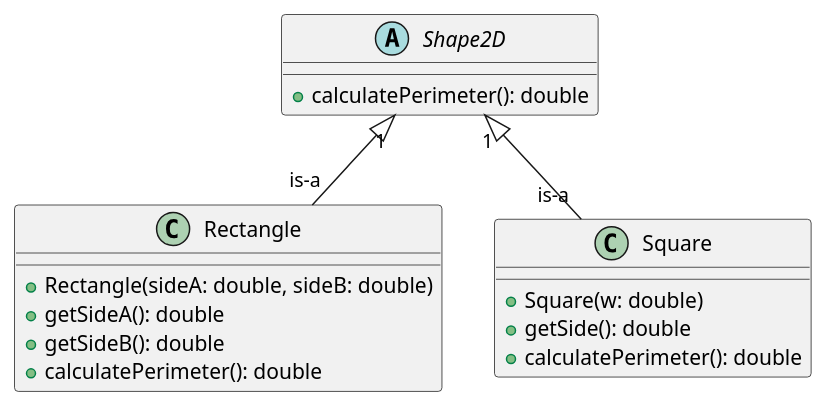
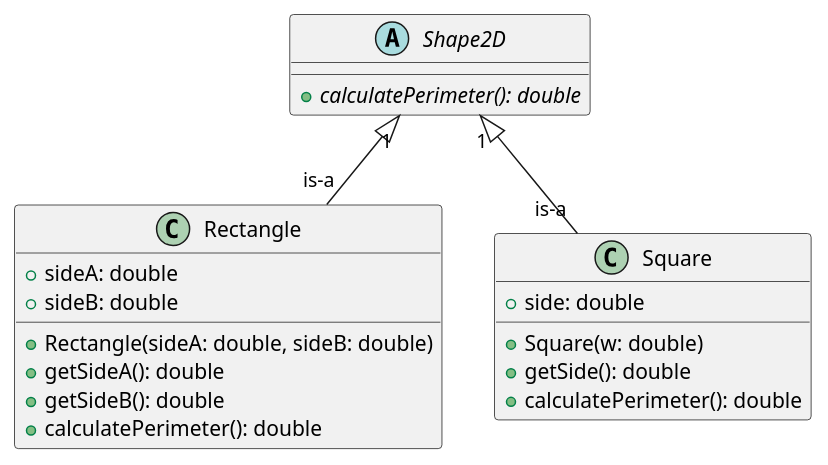
The diagram in src/O_L_Principle/O_Principle.md (nicholasnikolov90/ENSF_607_Assignment4), drawn with PlantUML before and after one commit. The commit also changed 3 other files, not shown here.

```diff
--- a/src/O_L_Principle/O_Principle.md
+++ b/src/O_L_Principle/O_Principle.md
@@ -1,23 +1,26 @@
 @startuml
 
 abstract Shape2D{
-+calculatePerimeter(): double
++{abstract}calculatePerimeter(): double
 }
 
 class Rectangle{
++sideA: double
++sideB: double
 + Rectangle(sideA: double, sideB: double)
 + getSideA(): double
 + getSideB(): double
 + calculatePerimeter(): double
 }
 
 class Square{
++side: double
 + Square(w: double)
 + getSide(): double
 + calculatePerimeter(): double
 }
 
 Shape2D "1" <|-- "is-a" Square
 Shape2D "1" <|-- "is-a" Rectangle
 
 @enduml
```
